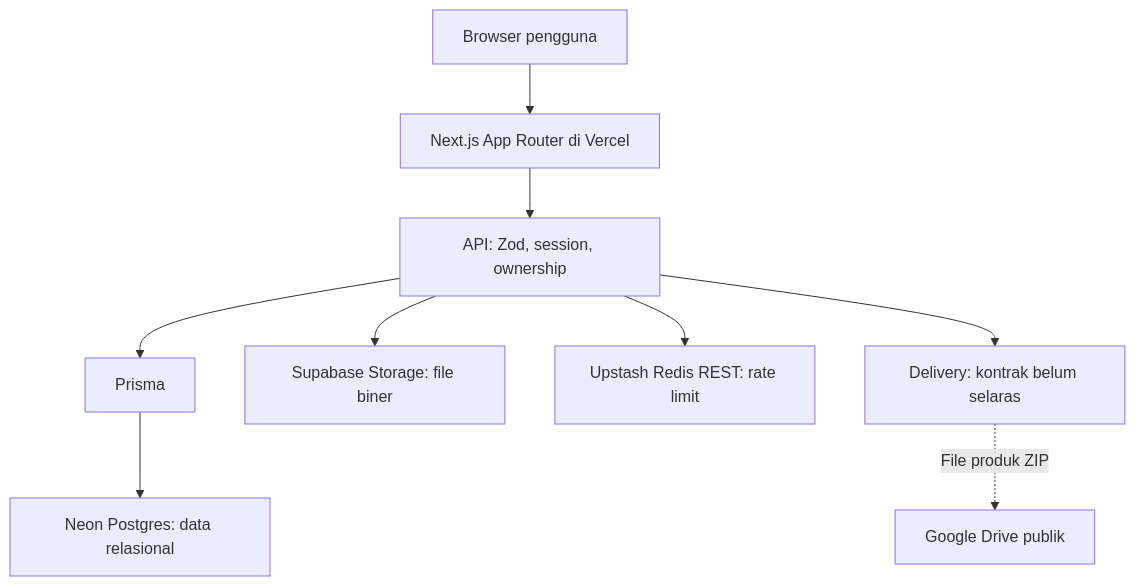
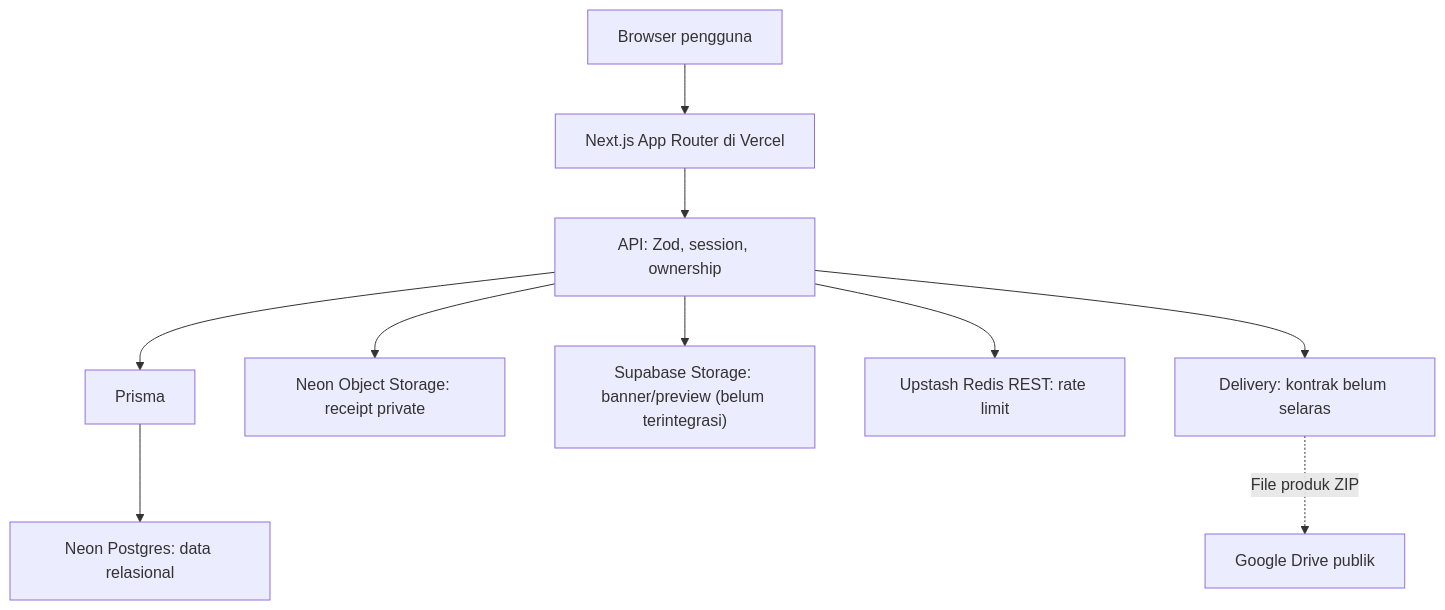
Before and after one commit to Althentic-dev/Althentic-dev: the first of 2 diagrams in docs/ARCHITECTURE.md, drawn with Mermaid. The commit also changed other lines of this file, not shown here.

Commit message:
docs: perbarui arsitektur penyimpanan receipt

````diff
--- a/docs/ARCHITECTURE.md
+++ b/docs/ARCHITECTURE.md
@@ -50,11 +51,12 @@
 ```mermaid
 flowchart TD
     U["Browser pengguna"] --> A["Next.js App Router di Vercel"]
     A --> R["API: Zod, session, ownership"]
     R --> P["Prisma"]
     P --> N["Neon Postgres: data relasional"]
-    R --> S["Supabase Storage: file biner"]
+    R --> S["Neon Object Storage: receipt private"]
+    R --> SS["Supabase Storage: banner/preview (belum terintegrasi)"]
     R --> L["Upstash Redis REST: rate limit"]
     R --> D["Delivery: kontrak belum selaras"]
     D -. "File produk ZIP" .-> G["Google Drive publik"]
 ```
````
